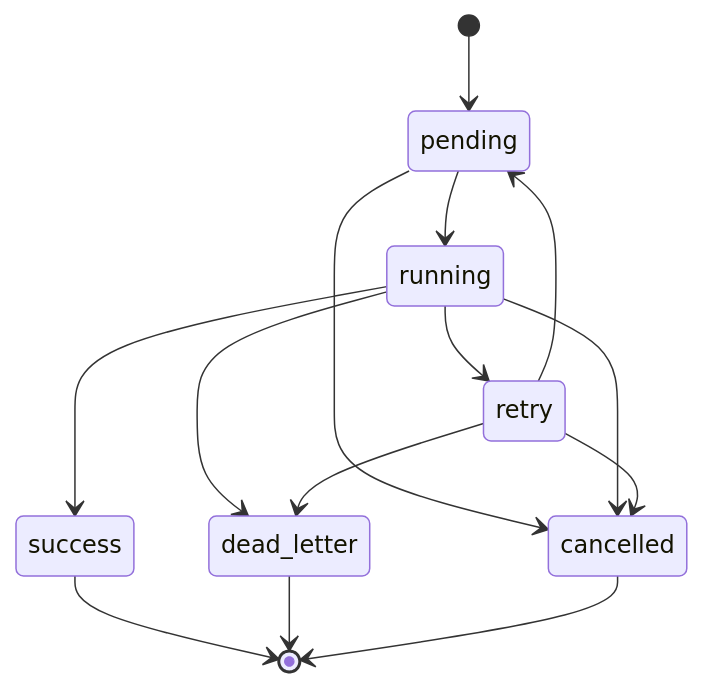
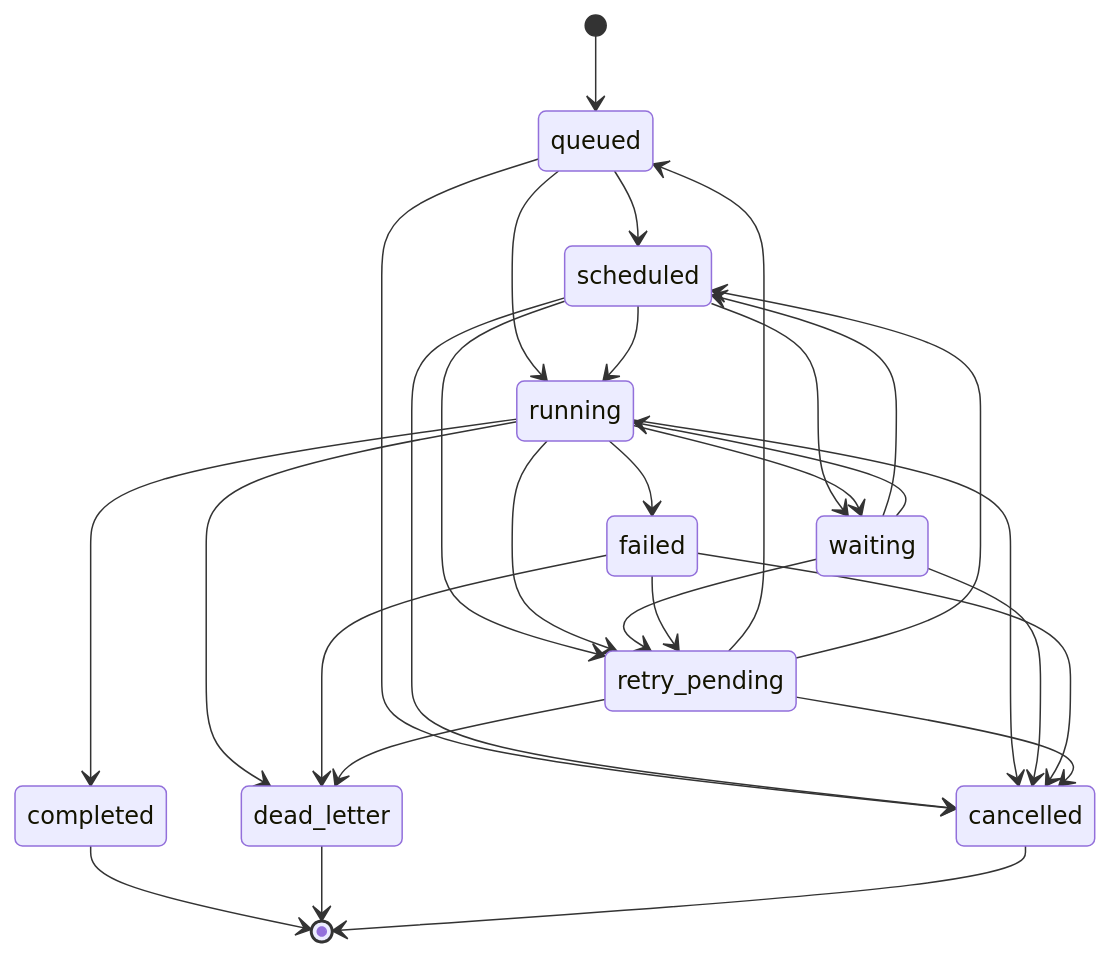
One commit to zen0-s4ma/zenoytdl changed the diagram in docs/cola-y-cache.md. Above: the diagram before and after it, drawn with Mermaid. The commit also changed other lines of this file and 12 other files, not shown here.

````diff
--- a/docs/cola-y-cache.md
+++ b/docs/cola-y-cache.md
@@ -32,19 +32,37 @@
 ```mermaid
 stateDiagram-v2
-    [*] --> pending
-    pending --> running
-    pending --> cancelled
+    [*] --> queued
+    queued --> scheduled
+    queued --> running
+    queued --> cancelled
 
-    running --> success
-    running --> retry
+    scheduled --> running
+    scheduled --> waiting
+    scheduled --> retry_pending
+    scheduled --> cancelled
+
+    running --> waiting
+    running --> completed
+    running --> failed
+    running --> retry_pending
     running --> cancelled
     running --> dead_letter
 
-    retry --> pending
-    retry --> cancelled
-    retry --> dead_letter
+    waiting --> scheduled
+    waiting --> running
+    waiting --> retry_pending
+    waiting --> cancelled
 
-    success --> [*]
+    failed --> retry_pending
+    failed --> cancelled
+    failed --> dead_letter
+
+    retry_pending --> queued
+    retry_pending --> scheduled
+    retry_pending --> cancelled
+    retry_pending --> dead_letter
+
+    completed --> [*]
     dead_letter --> [*]
     cancelled --> [*]
 ```
````
